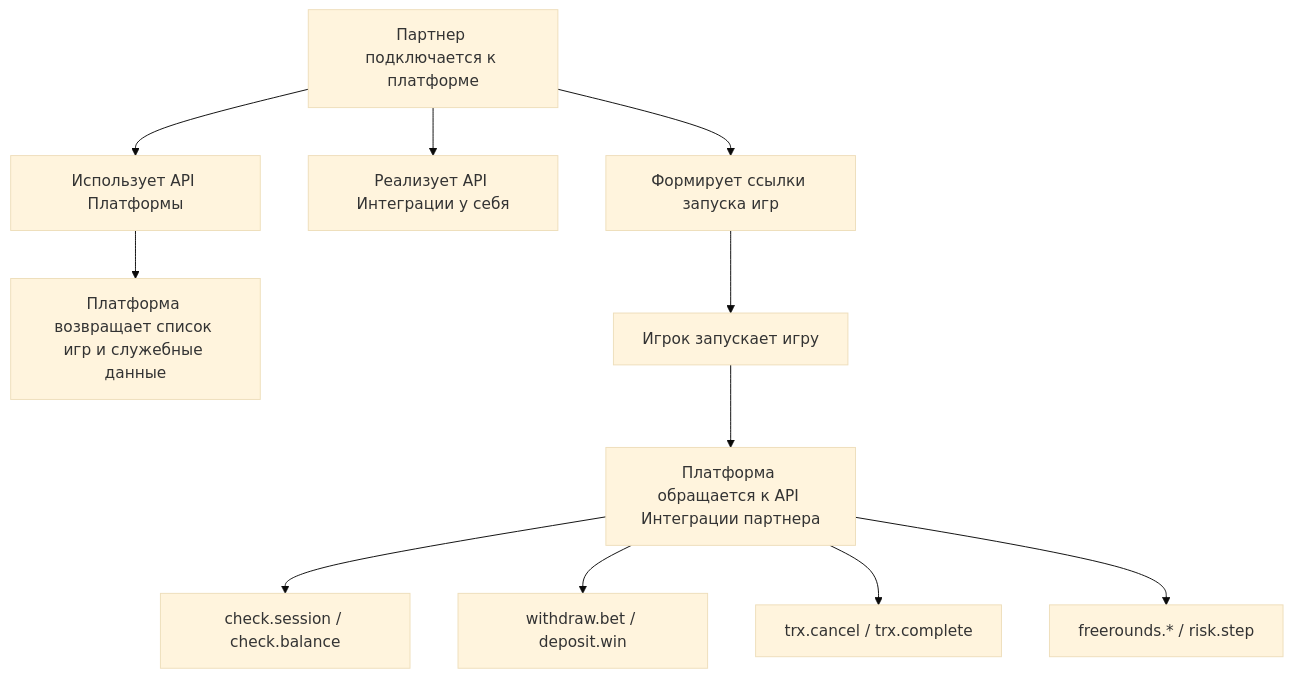
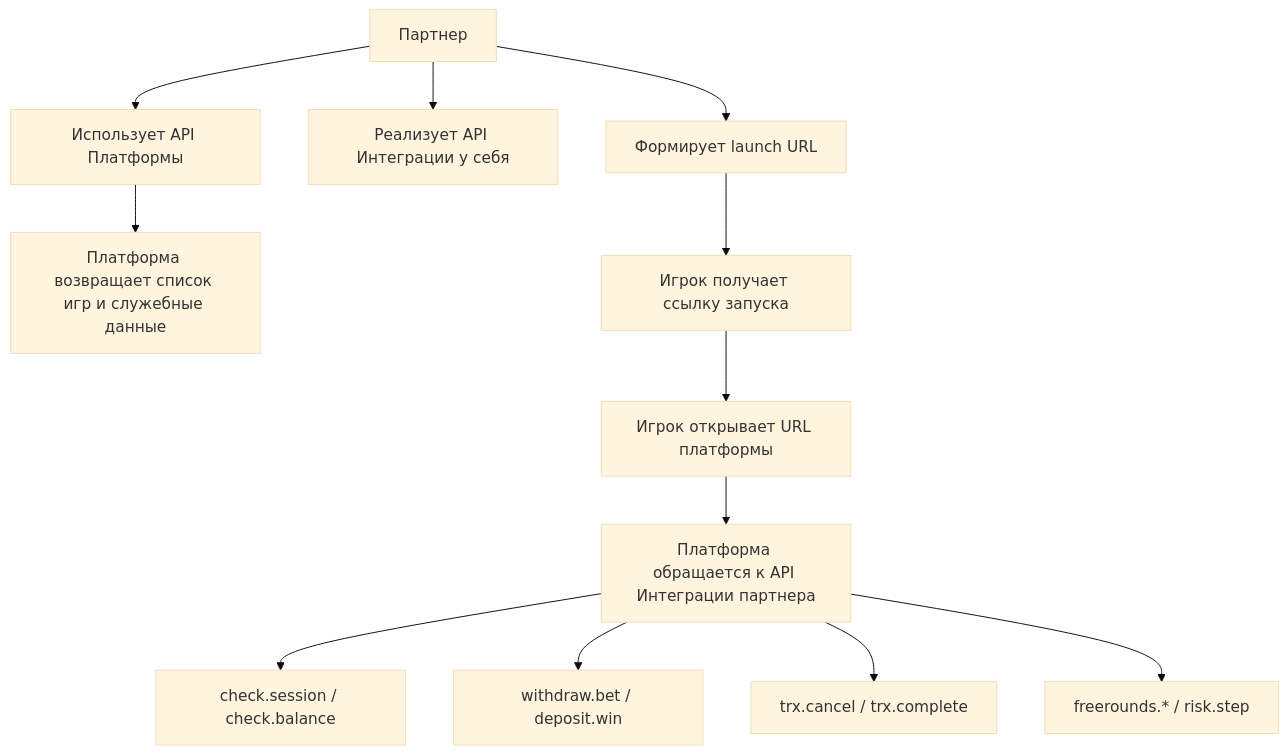
Before and after one commit to alexgoodman53/casino: the first of 6 diagrams in API_Treasure-prune.md, drawn with Mermaid (base theme). The commit also changed other lines of this file, not shown here.

Commit message:
Clarify Treasure-prune call flow diagrams

````diff
--- a/API_Treasure-prune.md
+++ b/API_Treasure-prune.md
@@ -58,14 +58,14 @@
 ```mermaid
 flowchart TD
-    A["Партнер подключается к платформе"] --> B["Использует API Платформы"]
+    A["Партнер"] --> B["Использует API Платформы"]
     A --> C["Реализует API Интеграции у себя"]
-    A --> D["Формирует ссылки запуска игр"]
-
+    A --> D["Формирует launch URL"]
     B --> E["Платформа возвращает список игр и служебные данные"]
-    D --> F["Игрок запускает игру"]
-    F --> G["Платформа обращается к API Интеграции партнера"]
-    G --> H["check.session / check.balance"]
-    G --> I["withdraw.bet / deposit.win"]
-    G --> J["trx.cancel / trx.complete"]
-    G --> K["freerounds.* / risk.step"]
+    D --> F["Игрок получает ссылку запуска"]
+    F --> G["Игрок открывает URL платформы"]
+    G --> H["Платформа обращается к API Интеграции партнера"]
+    H --> I["check.session / check.balance"]
+    H --> J["withdraw.bet / deposit.win"]
+    H --> K["trx.cancel / trx.complete"]
+    H --> L["freerounds.* / risk.step"]
 ```
````
